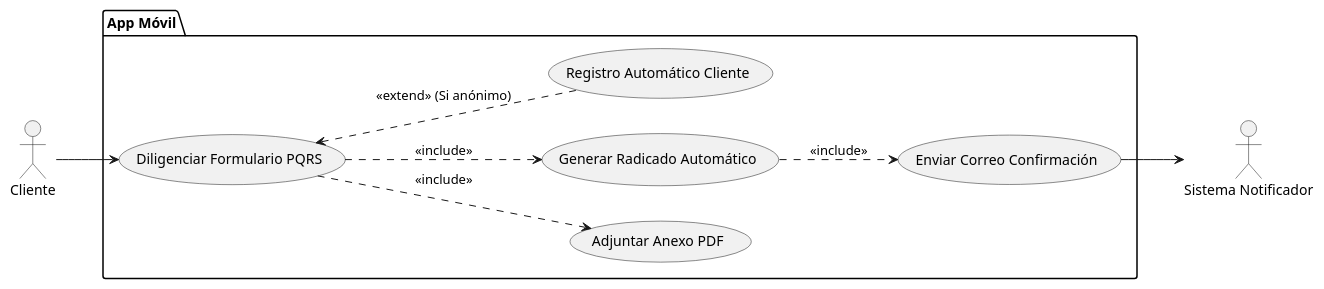
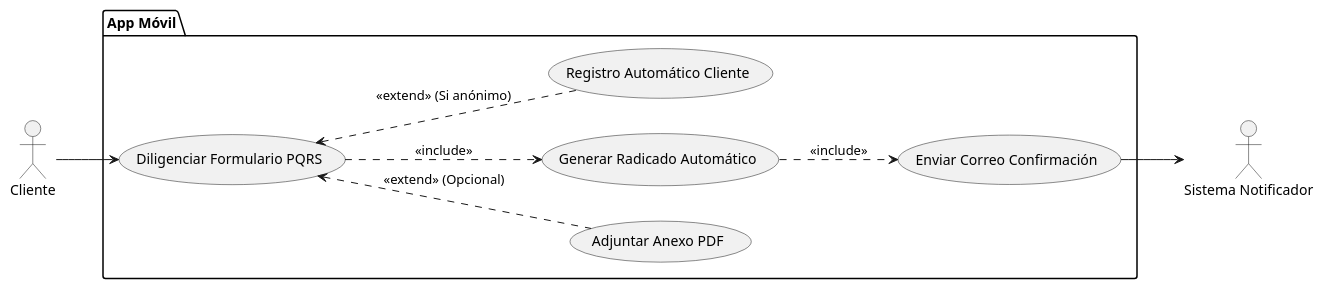
Before and after one commit to 13rianVargas/Ingenieria-de-Software-1: the diagram in Proyecto-Final/Casos-de-Uso/codigos-plantuml/CU-03-Radicar-PQRS.puml, drawn with PlantUML. The commit also changed 6 other files, not shown here.

First line of the commit message:
docs(casos-de-uso): refinar dependencias y flujos en diagramas UML

```diff
--- a/Proyecto-Final/Casos-de-Uso/codigos-plantuml/CU-03-Radicar-PQRS.puml
+++ b/Proyecto-Final/Casos-de-Uso/codigos-plantuml/CU-03-Radicar-PQRS.puml
@@ -1,21 +1,20 @@
 @startuml
 left to right direction
 actor "Cliente" as C
 actor "Sistema Notificador" as S
 
 package "App Móvil" {
   usecase "Diligenciar Formulario PQRS" as UC1
   usecase "Adjuntar Anexo PDF" as UC2
   usecase "Generar Radicado Automático" as UC3
   usecase "Enviar Correo Confirmación" as UC4
   usecase "Registro Automático Cliente" as UC5
 }
 
 C --> UC1
-UC1 ..> UC2 : <<include>>
+UC1 <.. UC2 : <<extend>> (Opcional)
 UC1 ..> UC3 : <<include>>
 UC3 ..> UC4 : <<include>>
 UC1 <.. UC5 : <<extend>> (Si anónimo)
-
 UC4 --> S
 @enduml
```
